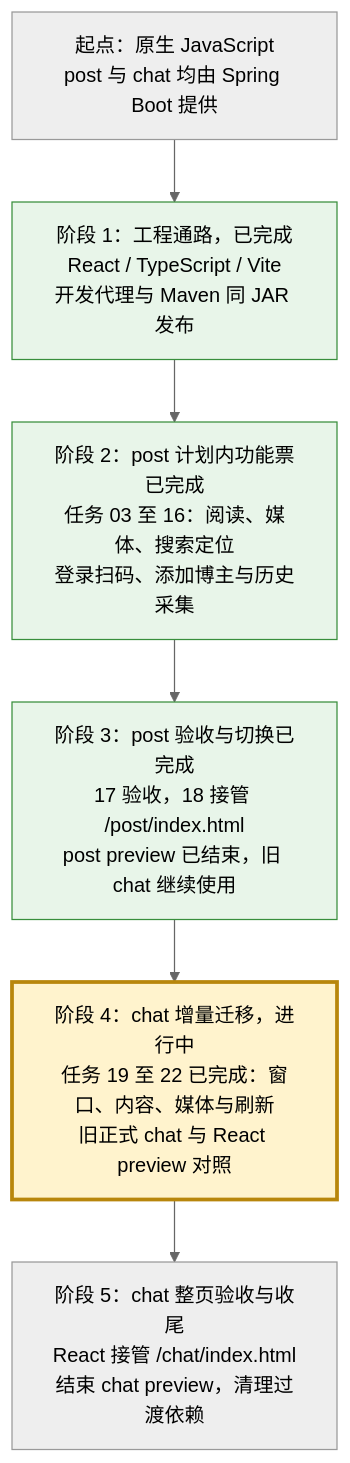
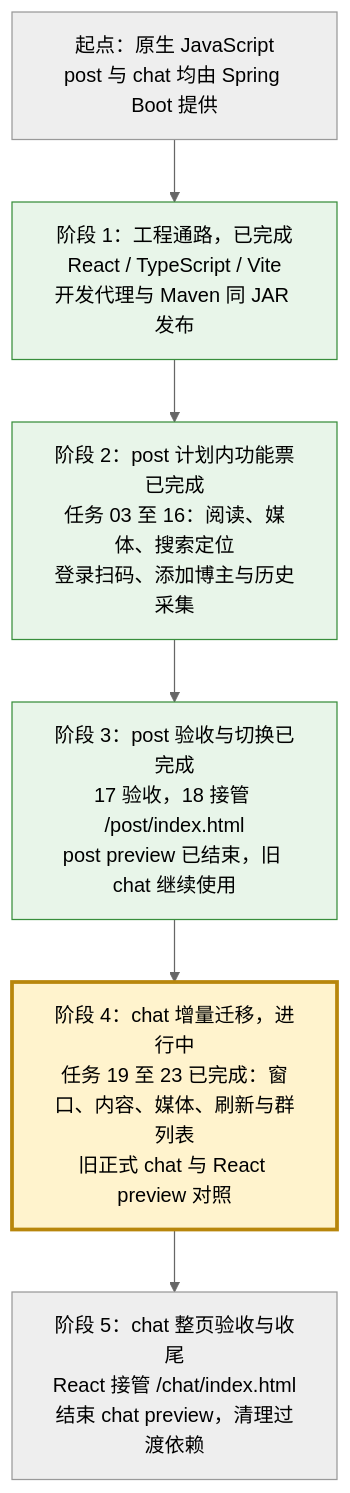
One commit to findxyz/vb-weibo-plus changed the diagram in .scratch/react-migration/PLAN.md. Above: the diagram before and after it, drawn with Mermaid (neutral theme). The commit also changed other lines of this file and 6 other files, not shown here.

````diff
--- a/.scratch/react-migration/PLAN.md
+++ b/.scratch/react-migration/PLAN.md
@@ -17,14 +17,14 @@
 ```mermaid
 flowchart TD
     A["起点：原生 JavaScript<br/>post 与 chat 均由 Spring Boot 提供"]
     B["阶段 1：工程通路，已完成<br/>React / TypeScript / Vite<br/>开发代理与 Maven 同 JAR 发布"]
     C["阶段 2：post 计划内功能票已完成<br/>任务 03 至 16：阅读、媒体、搜索定位<br/>登录扫码、添加博主与历史采集"]
     D["阶段 3：post 验收与切换已完成<br/>17 验收，18 接管 /post/index.html<br/>post preview 已结束，旧 chat 继续使用"]
-    E["阶段 4：chat 增量迁移，进行中<br/>任务 19 至 22 已完成：窗口、内容、媒体与刷新<br/>旧正式 chat 与 React preview 对照"]
+    E["阶段 4：chat 增量迁移，进行中<br/>任务 19 至 23 已完成：窗口、内容、媒体、刷新与群列表<br/>旧正式 chat 与 React preview 对照"]
     F["阶段 5：chat 整页验收与收尾<br/>React 接管 /chat/index.html<br/>结束 chat preview，清理过渡依赖"]
     A --> B --> C --> D --> E --> F
     classDef complete fill:#e8f5e9,stroke:#388e3c
     classDef current fill:#fff3cd,stroke:#b8860b,stroke-width:3px
     class B,C,D complete
     class E current
 ```
````
